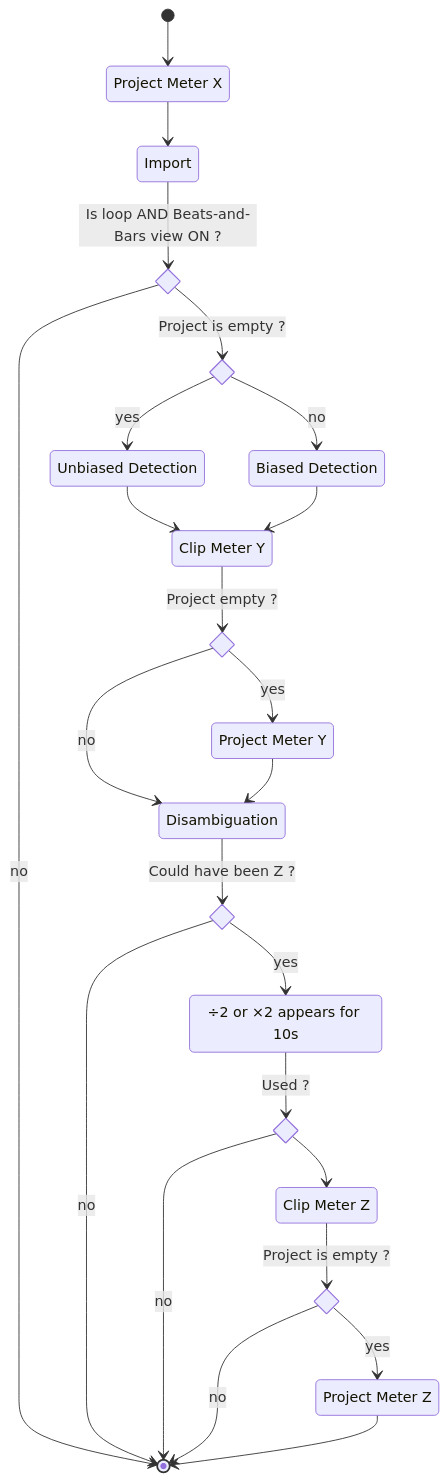
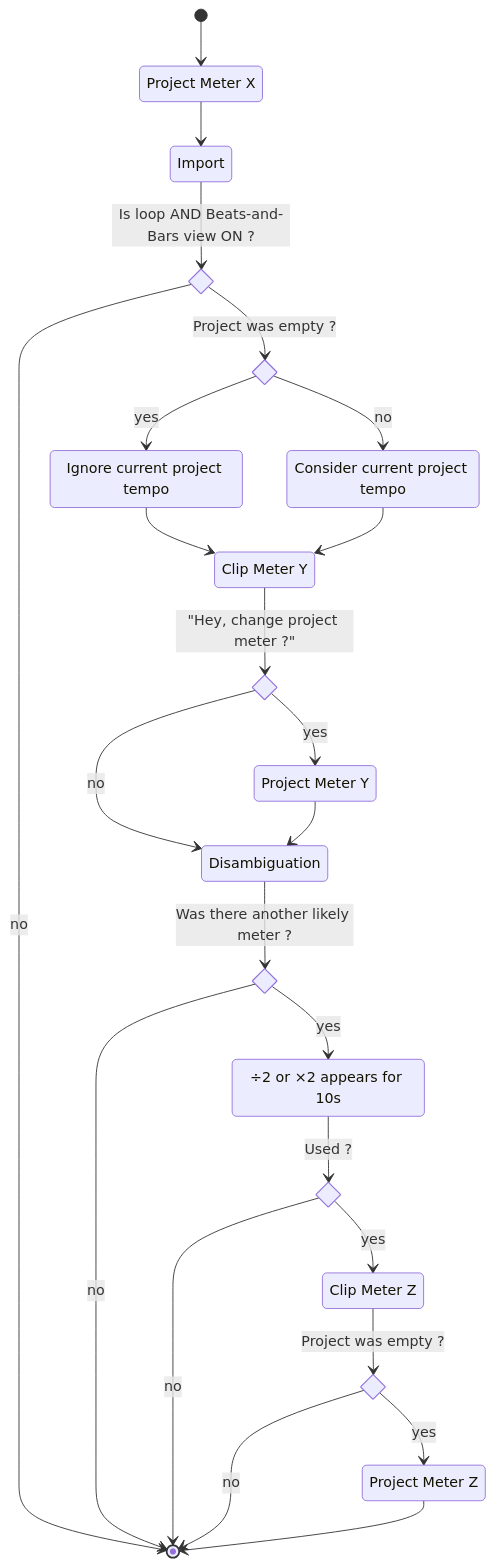
One commit to saintmatthieu/audacity changed the diagram in libraries/lib-clip-analysis/tempo-detection.md. Above: the diagram before and after it, drawn with Mermaid.

Commit message:
Refactor tempo detection logic in lib-clip-analysis

`````diff
--- a/libraries/lib-clip-analysis/tempo-detection.md
+++ b/libraries/lib-clip-analysis/tempo-detection.md
@@ -2,40 +2,40 @@
 ````mermaid
 stateDiagram-v2
     DisambiguationButton: ÷2 or ×2 appears for 10s
-    BiasedDetection: Biased Detection
-    Detection: Unbiased Detection
+    BiasedDetection: Consider current project tempo
+    Detection: Ignore current project tempo
     ProjX: Project Meter X
     ProjY: Project Meter Y
     ProjZ: Project Meter Z
     ClipY: Clip Meter Y
     ClipZ: Clip Meter Z
     state isLoop <<choice>>
     state useUnbiased <<choice>>
     state isAmbiguous <<choice>>
     state disambiguationUsed <<choice>>
     state isEmpty <<choice>>
     state isEmpty2 <<choice>>
     [*] --> ProjX
     ProjX --> Import
     Import --> isLoop: Is loop AND Beats-and-Bars view ON ?
     isLoop --> [*]: no
-    isLoop --> useUnbiased : Project is empty ?
+    isLoop --> useUnbiased : Project was empty ?
     useUnbiased --> Detection : yes
     Detection --> ClipY
     BiasedDetection --> ClipY
-    ClipY --> isEmpty : Project empty ?
+    ClipY --> isEmpty : "Hey, change project meter ?"
     isEmpty --> ProjY : yes
     isEmpty --> Disambiguation : no
     ProjY --> Disambiguation
-    Disambiguation --> isAmbiguous : Could have been Z ?
+    Disambiguation --> isAmbiguous : Was there another likely meter ?
     isAmbiguous --> [*] : no
     isAmbiguous --> DisambiguationButton : yes
     DisambiguationButton --> disambiguationUsed : Used ?
     disambiguationUsed --> [*] : no
-    disambiguationUsed --> ClipZ
-    ClipZ --> isEmpty2 : Project is empty ?
+    disambiguationUsed --> ClipZ : yes
+    ClipZ --> isEmpty2 : Project was empty ?
     isEmpty2 --> [*] : no
     isEmpty2 --> ProjZ : yes
     ProjZ --> [*]
     useUnbiased --> BiasedDetection : no
 ````
`````
